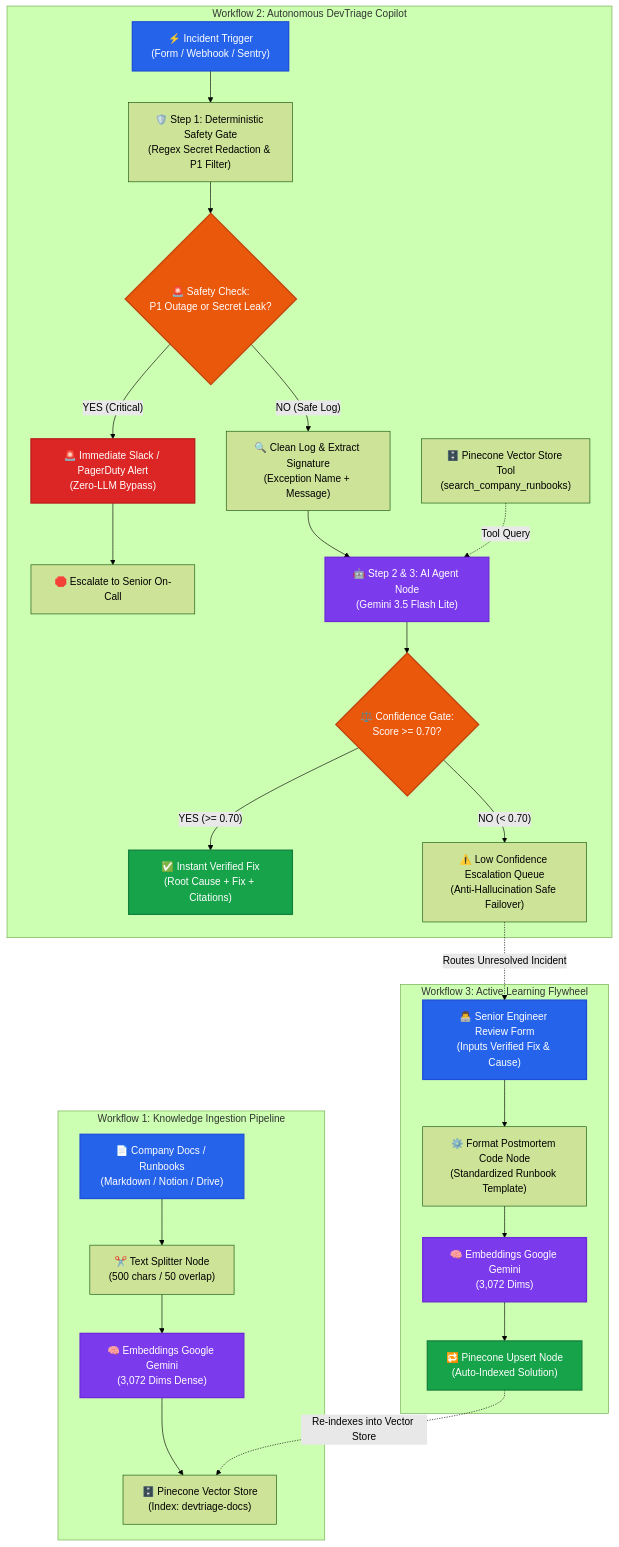
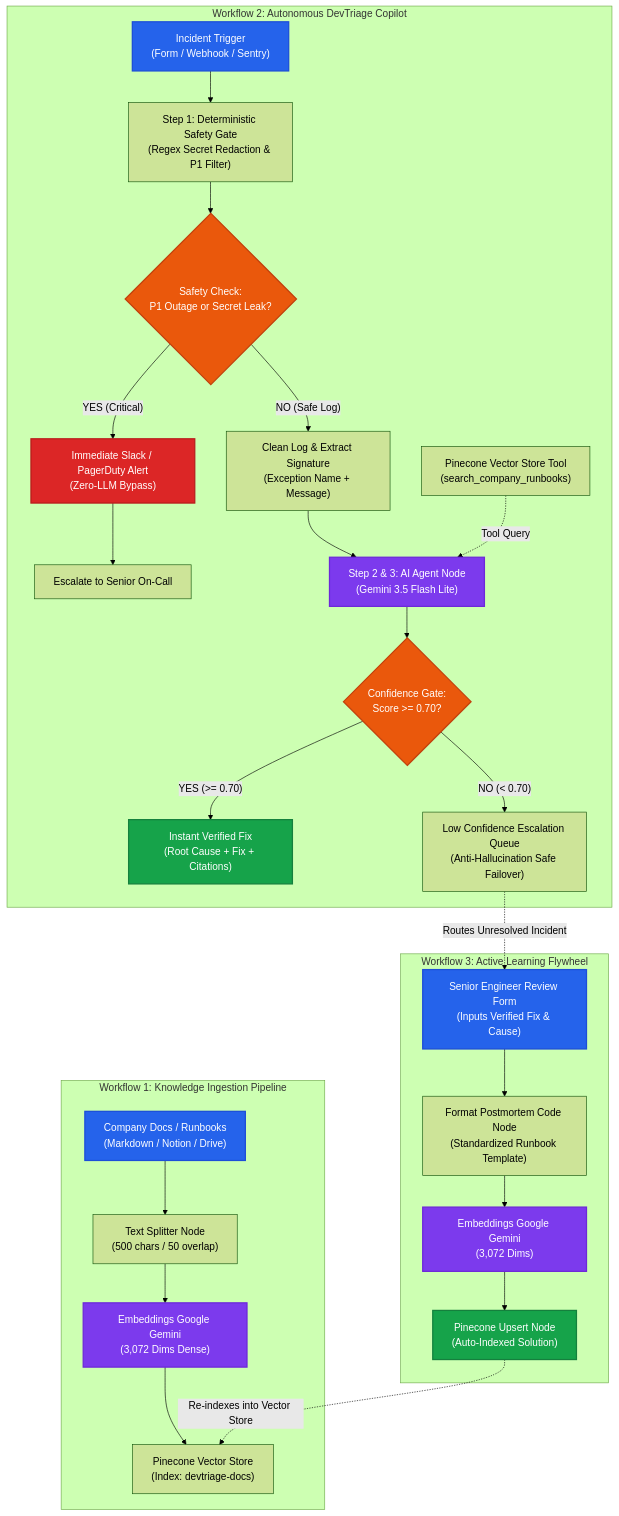
One commit to Jawad-Emre/n8n-Projects changed the diagram in README.md. Above: the diagram before and after it, drawn with Mermaid (forest theme). The commit also changed other lines of this file and 3 other files, not shown here.

Commit message:
docs: Remove all emojis and format documentation in clean engineering style

````diff
--- a/README.md
+++ b/README.md
@@ -30,60 +30,60 @@
 ```mermaid
 flowchart TD
     %% Workflow 1
-    subgraph WF1 ["Workflow 1: Knowledge Ingestion Pipeline"]
-        A1["📄 Company Docs / Runbooks<br/>(Markdown / Notion / Drive)"] --> A2["✂️ Text Splitter Node<br/>(500 chars / 50 overlap)"]
-        A2 --> A3["🧠 Embeddings Google Gemini<br/>(3,072 Dims Dense)"]
-        A3 --> A4["🗄️ Pinecone Vector Store<br/>(Index: devtriage-docs)"]
+    subgraph WF1 [Workflow 1: Knowledge Ingestion Pipeline]
+        A1["Company Docs / Runbooks<br/>(Markdown / Notion / Drive)"] --> A2["Text Splitter Node<br/>(500 chars / 50 overlap)"]
+        A2 --> A3["Embeddings Google Gemini<br/>(3,072 Dims Dense)"]
+        A3 --> A4["Pinecone Vector Store<br/>(Index: devtriage-docs)"]
     end
 
     %% Workflow 2
-    subgraph WF2 ["Workflow 2: Autonomous DevTriage Copilot"]
-        B1["⚡ Incident Trigger<br/>(Form / Webhook / Sentry)"] --> B2["🛡️ Step 1: Deterministic Safety Gate<br/>(Regex Secret Redaction & P1 Filter)"]
+    subgraph WF2 [Workflow 2: Autonomous DevTriage Copilot]
+        B1["Incident Trigger<br/>(Form / Webhook / Sentry)"] --> B2["Step 1: Deterministic Safety Gate<br/>(Regex Secret Redaction & P1 Filter)"]
         
-        B2 --> B3{"🚨 Safety Check:<br/>P1 Outage or Secret Leak?"}
+        B2 --> B3{"Safety Check:<br/>P1 Outage or Secret Leak?"}
         
         %% Safety Gate Branches
-        B3 -- "YES (Critical)" --> B4["🚨 Immediate Slack / PagerDuty Alert<br/>(Zero-LLM Bypass)"]
-        B4 --> B5["🛑 Escalate to Senior On-Call"]
+        B3 -- "YES (Critical)" --> B4["Immediate Slack / PagerDuty Alert<br/>(Zero-LLM Bypass)"]
+        B4 --> B5["Escalate to Senior On-Call"]
         
-        B3 -- "NO (Safe Log)" --> B6["🔍 Clean Log & Extract Signature<br/>(Exception Name + Message)"]
+        B3 -- "NO (Safe Log)" --> B6["Clean Log & Extract Signature<br/>(Exception Name + Message)"]
         
         %% Retrieval
-        B6 --> B7["🤖 Step 2 & 3: AI Agent Node<br/>(Gemini 3.5 Flash Lite)"]
-        B8["🗄️ Pinecone Vector Store Tool<br/>(search_company_runbooks)"] -.->|"Tool Query"| B7
+        B6 --> B7["Step 2 & 3: AI Agent Node<br/>(Gemini 3.5 Flash Lite)"]
+        B8["Pinecone Vector Store Tool<br/>(search_company_runbooks)"] -.->|"Tool Query"| B7
         
         %% Confidence Gate
-        B7 --> B9{"⚖️ Confidence Gate:<br/>Score >= 0.70?"}
+        B7 --> B9{"Confidence Gate:<br/>Score >= 0.70?"}
         
         %% High Confidence
-        B9 -- "YES (>= 0.70)" --> B10["✅ Instant Verified Fix<br/>(Root Cause + Fix + Citations)"]
+        B9 -- "YES (>= 0.70)" --> B10["Instant Verified Fix<br/>(Root Cause + Fix + Citations)"]
         
         %% Low Confidence / Escalation
-        B9 -- "NO (< 0.70)" --> B11["⚠️ Low Confidence Escalation Queue<br/>(Anti-Hallucination Safe Failover)"]
+        B9 -- "NO (< 0.70)" --> B11["Low Confidence Escalation Queue<br/>(Anti-Hallucination Safe Failover)"]
     end
 
     %% Connection to Workflow 3
     B11 -.->|"Routes Unresolved Incident"| C1
 
     %% Workflow 3
-    subgraph WF3 ["Workflow 3: Active Learning Flywheel"]
-        C1["👨‍💻 Senior Engineer Review Form<br/>(Inputs Verified Fix & Cause)"] --> C2["⚙️ Format Postmortem Code Node<br/>(Standardized Runbook Template)"]
-        C2 --> C3["🧠 Embeddings Google Gemini<br/>(3,072 Dims)"]
-        C3 --> C4["🔁 Pinecone Upsert Node<br/>(Auto-Indexed Solution)"]
+    subgraph WF3 [Workflow 3: Active Learning Flywheel]
+        C1["Senior Engineer Review Form<br/>(Inputs Verified Fix & Cause)"] --> C2["Format Postmortem Code Node<br/>(Standardized Runbook Template)"]
+        C2 --> C3["Embeddings Google Gemini<br/>(3,072 Dims)"]
+        C3 --> C4["Pinecone Upsert Node<br/>(Auto-Indexed Solution)"]
     end
 
     %% Flywheel Feedback
     C4 -.->|"Re-indexes into Vector Store"| A4
 
     classDef primary fill:#2563eb,stroke:#1d4ed8,stroke-width:2px,color:#fff;
     classDef success fill:#16a34a,stroke:#15803d,stroke-width:2px,color:#fff;
     classDef warning fill:#ea580c,stroke:#c2410c,stroke-width:2px,color:#fff;
     classDef danger fill:#dc2626,stroke:#b91c1c,stroke-width:2px,color:#fff;
     classDef purple fill:#7c3aed,stroke:#6d28d9,stroke-width:2px,color:#fff;
 
     class B1,A1,C1 primary;
     class B10,C4 success;
     class B3,B9 warning;
     class B4 danger;
     class B7,A3,C3 purple;
 ```
````
